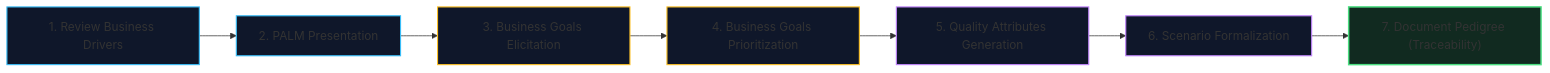
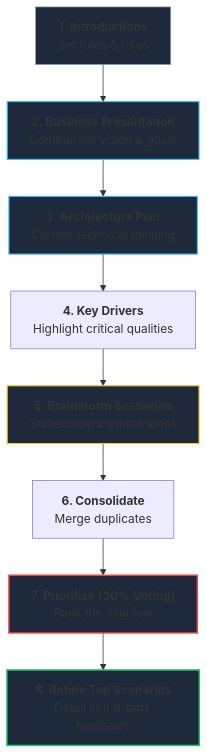
One commit to shreyash2601/bits-notes changed the second of 2 diagrams in Software Architectures/Lecture 5/Lecture_05_Notes.md. Above: the diagram before and after it, drawn with Mermaid. The commit also changed other lines of this file and 31 other files, not shown here.

````diff
--- a/Software Architectures/Lecture 5/Lecture_05_Notes.md
+++ b/Software Architectures/Lecture 5/Lecture_05_Notes.md
@@ -327,17 +121,17 @@
 ```mermaid
-flowchart LR
-    P1["1. Review Business Drivers"] --> P2["2. PALM Presentation"]
-    P2 --> P3["3. Business Goals Elicitation"]
-    P3 --> P4["4. Business Goals Prioritization"]
-    P4 --> P5["5. Quality Attributes Generation"]
-    P5 --> P6["6. Scenario Formalization"]
-    P6 --> P7["7. Document Pedigree (Traceability)"]
+flowchart TD
+    S1["<b>1. Introductions</b><br/>Set rules & roles"] --> S2["<b>2. Business Presentation</b><br/>Commercial vision & goals"]
+    S2 --> S3["<b>3. Architecture Plan</b><br/>Current technical thinking"]
+    S3 --> S4["<b>4. Key Drivers</b><br/>Highlight critical qualities"]
+    S4 --> S5["<b>5. Brainstorm Scenarios</b><br/>Stakeholders submit ideas"]
+    S5 --> S6["<b>6. Consolidate</b><br/>Merge duplicates"]
+    S6 --> S7["<b>7. Prioritize (30% Voting)</b><br/>Rank the vital few"]
+    S7 --> S8["<b>8. Refine Top Scenarios</b><br/>Detail into 6-part templates"]
 
-    style P1 fill:#0f172a,stroke:#38bdf8,stroke-width:1.5px
-    style P2 fill:#0f172a,stroke:#38bdf8,stroke-width:1.5px
-    style P3 fill:#0f172a,stroke:#fbbf24,stroke-width:1.5px
-    style P4 fill:#0f172a,stroke:#fbbf24,stroke-width:1.5px
-    style P5 fill:#0f172a,stroke:#c084fc,stroke-width:1.5px
-    style P6 fill:#0f172a,stroke:#c084fc,stroke-width:1.5px
-    style P7 fill:#112a20,stroke:#4ade80,stroke-width:2px
+    style S1 fill:#1e293b,stroke:#94a3b8,stroke-width:1px
+    style S2 fill:#1e293b,stroke:#38bdf8,stroke-width:1.5px
+    style S3 fill:#1e293b,stroke:#38bdf8,stroke-width:1.5px
+    style S5 fill:#1e293b,stroke:#fbbf24,stroke-width:1.5px
+    style S7 fill:#1e293b,stroke:#ef4444,stroke-width:2px
+    style S8 fill:#1e293b,stroke:#22c55e,stroke-width:2px
 ```
````
